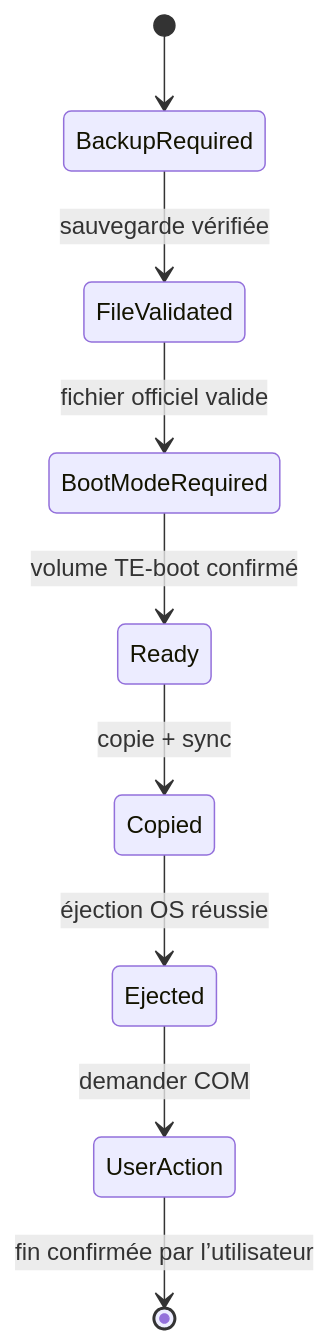
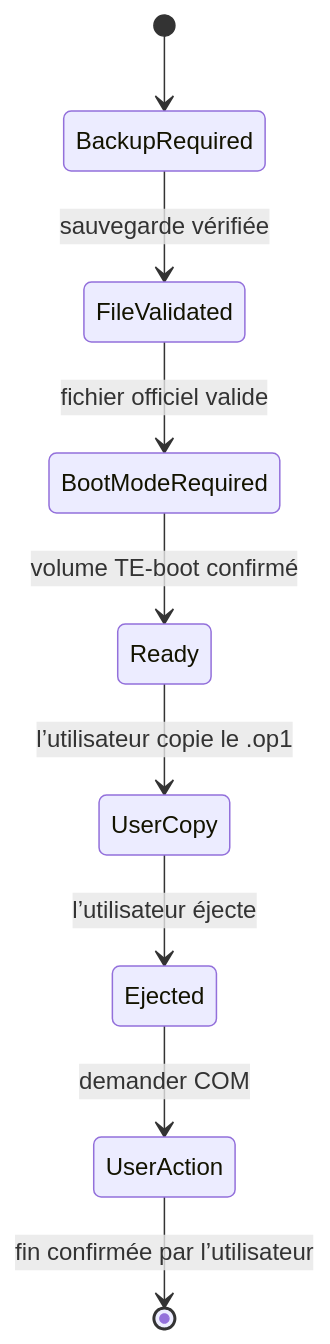
The diagram in docs/FIRMWARE_SAFETY.md (propann/Engineering-Studio), drawn with Mermaid before and after one commit. The commit also changed other lines of this file and 38 other files, not shown here.

````diff
--- a/docs/FIRMWARE_SAFETY.md
+++ b/docs/FIRMWARE_SAFETY.md
@@ -46,11 +54,11 @@
 ```mermaid
 stateDiagram-v2
     [*] --> BackupRequired
     BackupRequired --> FileValidated: sauvegarde vérifiée
     FileValidated --> BootModeRequired: fichier officiel valide
     BootModeRequired --> Ready: volume TE-boot confirmé
-    Ready --> Copied: copie + sync
-    Copied --> Ejected: éjection OS réussie
+    Ready --> UserCopy: l’utilisateur copie le .op1
+    UserCopy --> Ejected: l’utilisateur éjecte
     Ejected --> UserAction: demander COM
     UserAction --> [*]: fin confirmée par l’utilisateur
 ```
````
